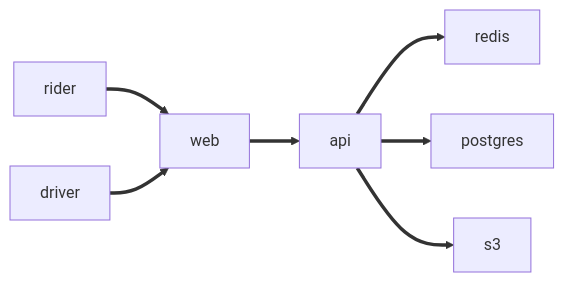
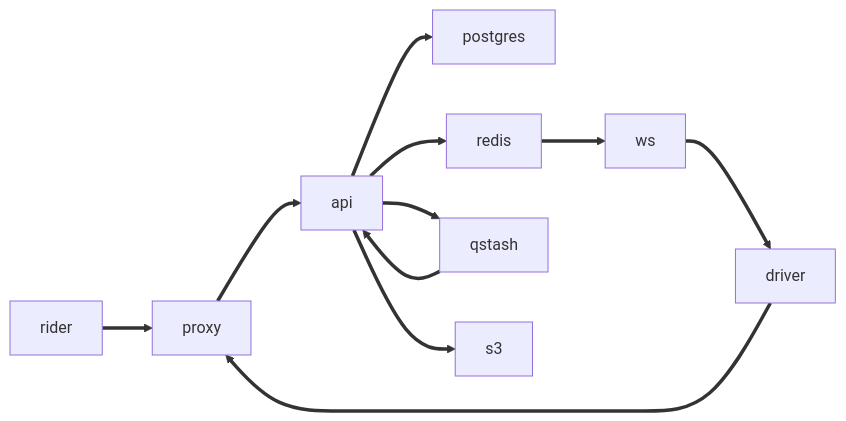
Before and after one commit to tech-dipesh/Daigo: the second of 4 diagrams in README.md, drawn with Mermaid. The commit also changed other lines of this file and 2 other files, not shown here.

````diff
--- a/README.md
+++ b/README.md
@@ -80,7 +179,8 @@
 ```mermaid
 flowchart LR
-    rider ==> web ==> api ==> redis
-    api ==> postgres
+    rider ==> proxy ==> api ==> postgres
+    driver ==> proxy
+    api ==> redis ==> ws ==> driver
+    api ==> qstash ==> api
     api ==> s3
-    driver ==> web
 ```
````
